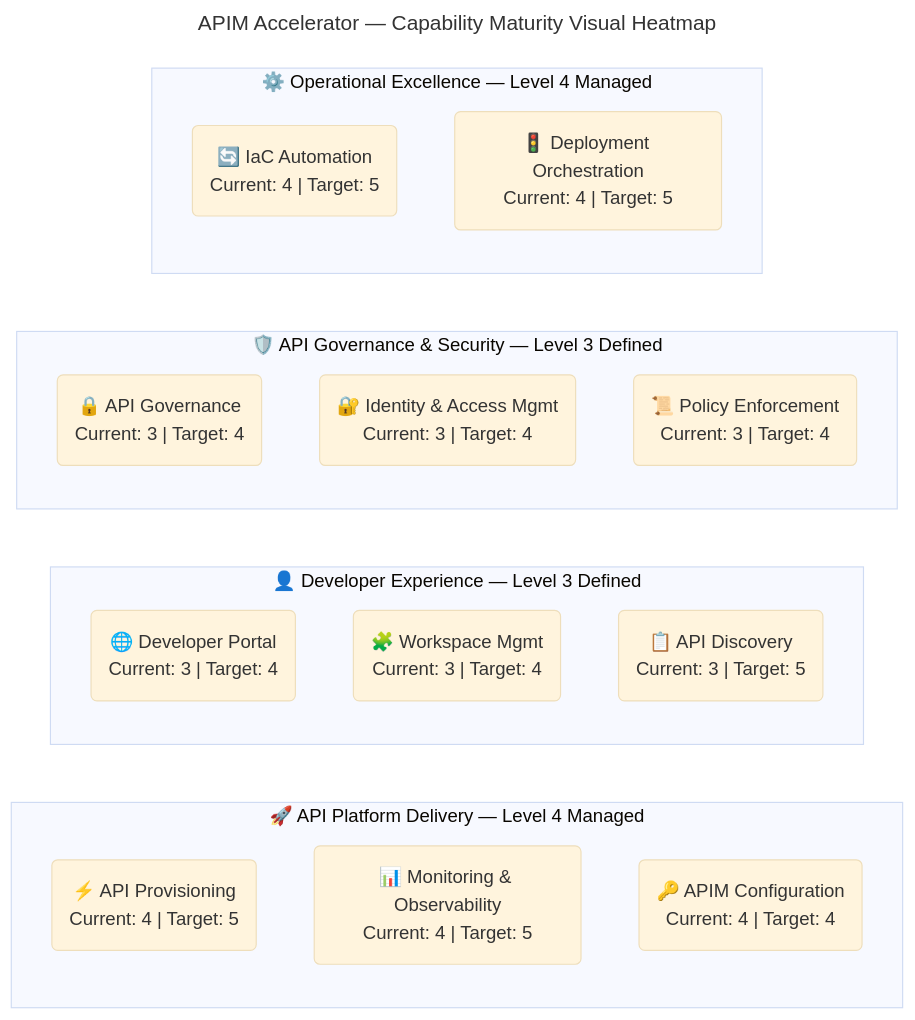
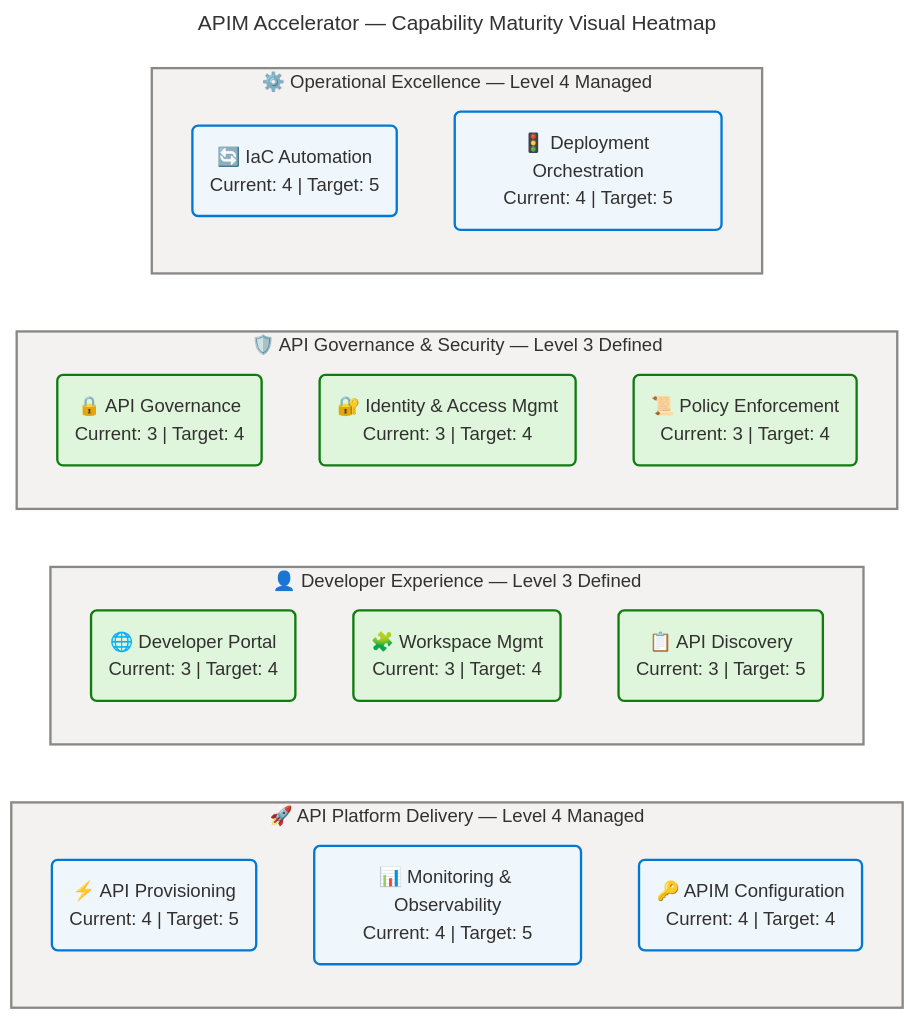
The fifth of 6 diagrams in docs/architecture/business-architecture.md (Evilazaro/APIM-Accelerator), drawn with Mermaid before and after one commit. The commit also changed other lines of this file, not shown here.

Commit message:
style: enhance flowchart styles with additional class definitions for improved clarity and consistency in business architecture diagrams

````diff
--- a/docs/architecture/business-architecture.md
+++ b/docs/architecture/business-architecture.md
@@ -694,53 +729,64 @@
 ```mermaid
 ---
 title: "APIM Accelerator — Capability Maturity Visual Heatmap"
 config:
   theme: base
   look: classic
   layout: dagre
   themeVariables:
     fontSize: '16px'
   flowchart:
     htmlLabels: true
 ---
 flowchart LR
     accTitle: APIM Accelerator Capability Maturity Visual Heatmap
     accDescr: Grouped flowchart showing current maturity level for eleven capabilities across four domains — API Platform Delivery and Operational Excellence at Level 4 Managed, Developer Experience and API Governance at Level 3 Defined
 
     %% ═══════════════════════════════════════════════════════════════════════════
     %% AZURE / FLUENT ARCHITECTURE PATTERN v2.0
     %% (Semantic + Structural + Font + Accessibility Governance)
     %% ═══════════════════════════════════════════════════════════════════════════
     %% PHASE 1 - FLUENT UI: All styling uses approved Fluent UI palette only
     %% PHASE 2 - GROUPS: Every subgraph has semantic color via style directive
     %% PHASE 3 - COMPONENTS: Every node has semantic classDef + icon prefix
     %% PHASE 4 - ACCESSIBILITY: accTitle/accDescr present, WCAG AA contrast
     %% PHASE 5 - STANDARD: Governance block present, classDefs centralized
     %% ═══════════════════════════════════════════════════════════════════════════
 
 
 
     subgraph apiPlatform["🚀 API Platform Delivery — Level 4 Managed"]
         c1("⚡ API Provisioning<br>Current: 4 | Target: 5"):::core
         c2("📊 Monitoring & Observability<br>Current: 4 | Target: 5"):::core
         c3("🔑 APIM Configuration<br>Current: 4 | Target: 4"):::core
     end
 
     subgraph devExp["👤 Developer Experience — Level 3 Defined"]
         c4("🌐 Developer Portal<br>Current: 3 | Target: 4"):::success
         c5("🧩 Workspace Mgmt<br>Current: 3 | Target: 4"):::success
         c6("📋 API Discovery<br>Current: 3 | Target: 5"):::success
     end
 
     subgraph governance["🛡️ API Governance & Security — Level 3 Defined"]
         c7("🔒 API Governance<br>Current: 3 | Target: 4"):::success
         c8("🔐 Identity & Access Mgmt<br>Current: 3 | Target: 4"):::success
         c9("📜 Policy Enforcement<br>Current: 3 | Target: 4"):::success
     end
 
     subgraph opEx["⚙️ Operational Excellence — Level 4 Managed"]
         c10("🔄 IaC Automation<br>Current: 4 | Target: 5"):::core
         c11("🚦 Deployment Orchestration<br>Current: 4 | Target: 5"):::core
     end
 
+    classDef neutral fill:#FAFAFA,stroke:#8A8886,stroke-width:2px,color:#323130
+    classDef core fill:#EFF6FC,stroke:#0078D4,stroke-width:2px,color:#323130
+    classDef success fill:#DFF6DD,stroke:#107C10,stroke-width:2px,color:#323130
+    classDef warning fill:#FFF4CE,stroke:#FFB900,stroke-width:2px,color:#323130
+    classDef danger fill:#FDE7E9,stroke:#D13438,stroke-width:2px,color:#323130
+
+    style apiPlatform fill:#F3F2F1,stroke:#8A8886,stroke-width:2px,color:#323130
+    style devExp fill:#F3F2F1,stroke:#8A8886,stroke-width:2px,color:#323130
+    style governance fill:#F3F2F1,stroke:#8A8886,stroke-width:2px,color:#323130
+    style opEx fill:#F3F2F1,stroke:#8A8886,stroke-width:2px,color:#323130
+
 ```
````
